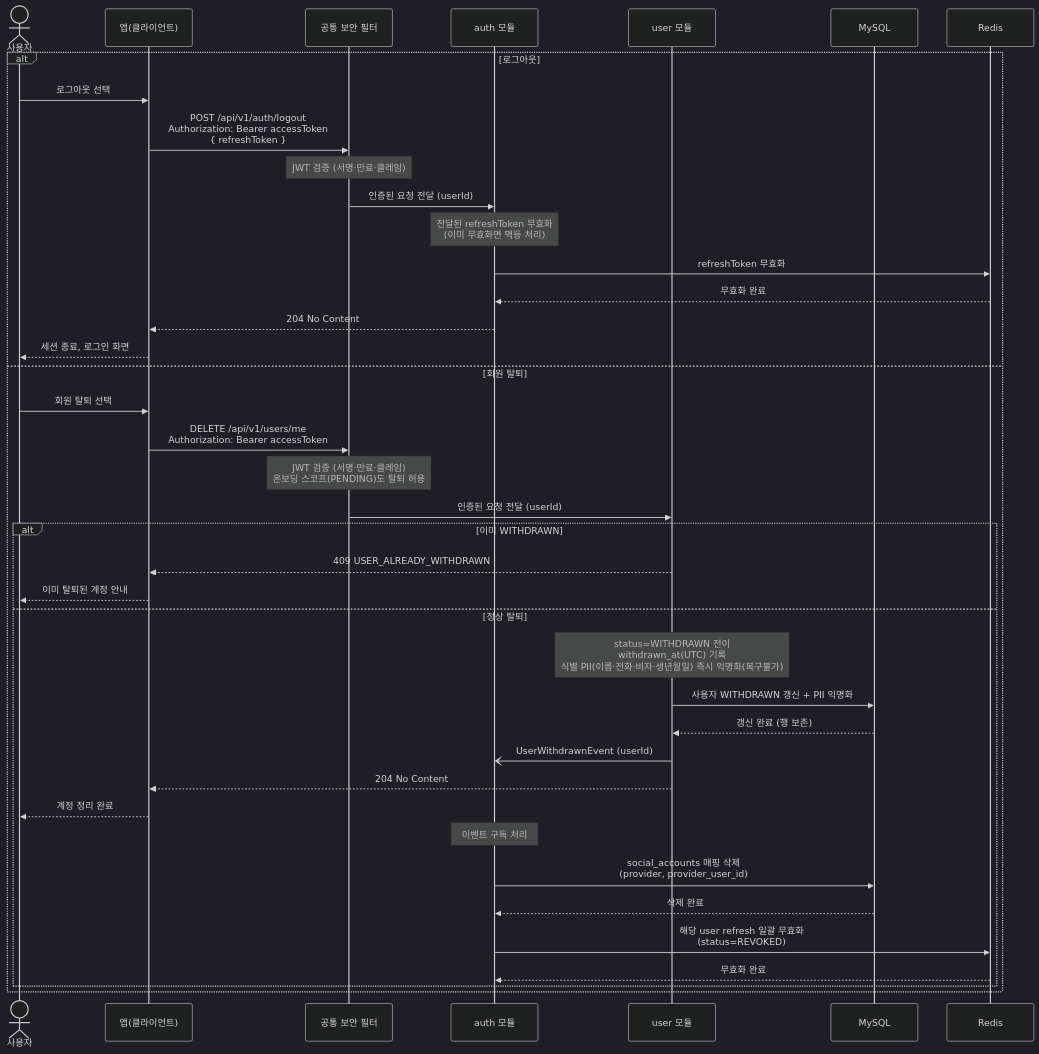
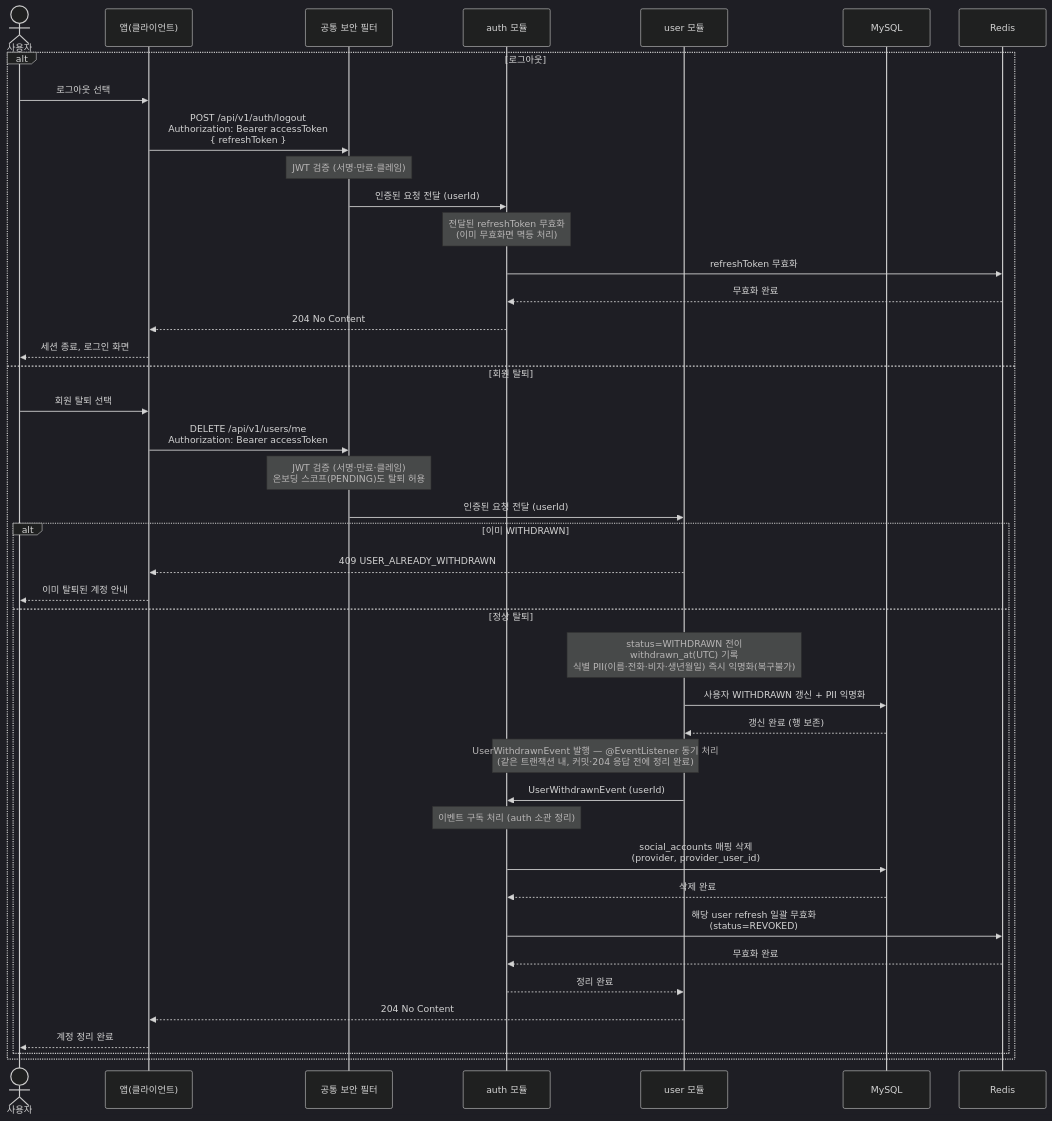
Before and after one commit to jameskim9509/Kohere-backend: the diagram in docs/architecture/sequence-diagrams/01-auth-onboarding/us-1-4-logout-withdraw.md, drawn with Mermaid (dark theme). The commit also changed other lines of this file and 77 other files, not shown here.

````diff
--- a/docs/architecture/sequence-diagrams/01-auth-onboarding/us-1-4-logout-withdraw.md
+++ b/docs/architecture/sequence-diagrams/01-auth-onboarding/us-1-4-logout-withdraw.md
@@ -5,43 +5,45 @@
 ```mermaid
 sequenceDiagram
     actor U as 사용자
     participant C as 앱(클라이언트)
     participant SEC as 공통 보안 필터
     participant AUTH as auth 모듈
     participant USER as user 모듈
     participant SQL as MySQL
     participant RDS as Redis
 
     alt 로그아웃
         U->>C: 로그아웃 선택
         C->>SEC: POST /api/v1/auth/logout<br/>Authorization: Bearer accessToken<br/>{ refreshToken }
         Note over SEC: JWT 검증 (서명·만료·클레임)
         SEC->>AUTH: 인증된 요청 전달 (userId)
         Note over AUTH: 전달된 refreshToken 무효화<br/>(이미 무효화면 멱등 처리)
         AUTH->>RDS: refreshToken 무효화
         RDS-->>AUTH: 무효화 완료
         AUTH-->>C: 204 No Content
         C-->>U: 세션 종료, 로그인 화면
     else 회원 탈퇴
         U->>C: 회원 탈퇴 선택
         C->>SEC: DELETE /api/v1/users/me<br/>Authorization: Bearer accessToken
         Note over SEC: JWT 검증 (서명·만료·클레임)<br/>온보딩 스코프(PENDING)도 탈퇴 허용
         SEC->>USER: 인증된 요청 전달 (userId)
         alt 이미 WITHDRAWN
             USER-->>C: 409 USER_ALREADY_WITHDRAWN
             C-->>U: 이미 탈퇴된 계정 안내
         else 정상 탈퇴
             Note over USER: status=WITHDRAWN 전이<br/>withdrawn_at(UTC) 기록<br/>식별 PII(이름·전화·비자·생년월일) 즉시 익명화(복구불가)
             USER->>SQL: 사용자 WITHDRAWN 갱신 + PII 익명화
             SQL-->>USER: 갱신 완료 (행 보존)
-            USER-)AUTH: UserWithdrawnEvent (userId)
-            USER-->>C: 204 No Content
-            C-->>U: 계정 정리 완료
-            Note over AUTH: 이벤트 구독 처리
+            Note over USER,AUTH: UserWithdrawnEvent 발행 — @EventListener 동기 처리<br/>(같은 트랜잭션 내, 커밋·204 응답 전에 정리 완료)
+            USER->>AUTH: UserWithdrawnEvent (userId)
+            Note over AUTH: 이벤트 구독 처리 (auth 소관 정리)
             AUTH->>SQL: social_accounts 매핑 삭제<br/>(provider, provider_user_id)
             SQL-->>AUTH: 삭제 완료
             AUTH->>RDS: 해당 user refresh 일괄 무효화<br/>(status=REVOKED)
             RDS-->>AUTH: 무효화 완료
+            AUTH-->>USER: 정리 완료
+            USER-->>C: 204 No Content
+            C-->>U: 계정 정리 완료
         end
     end
 ```
````
